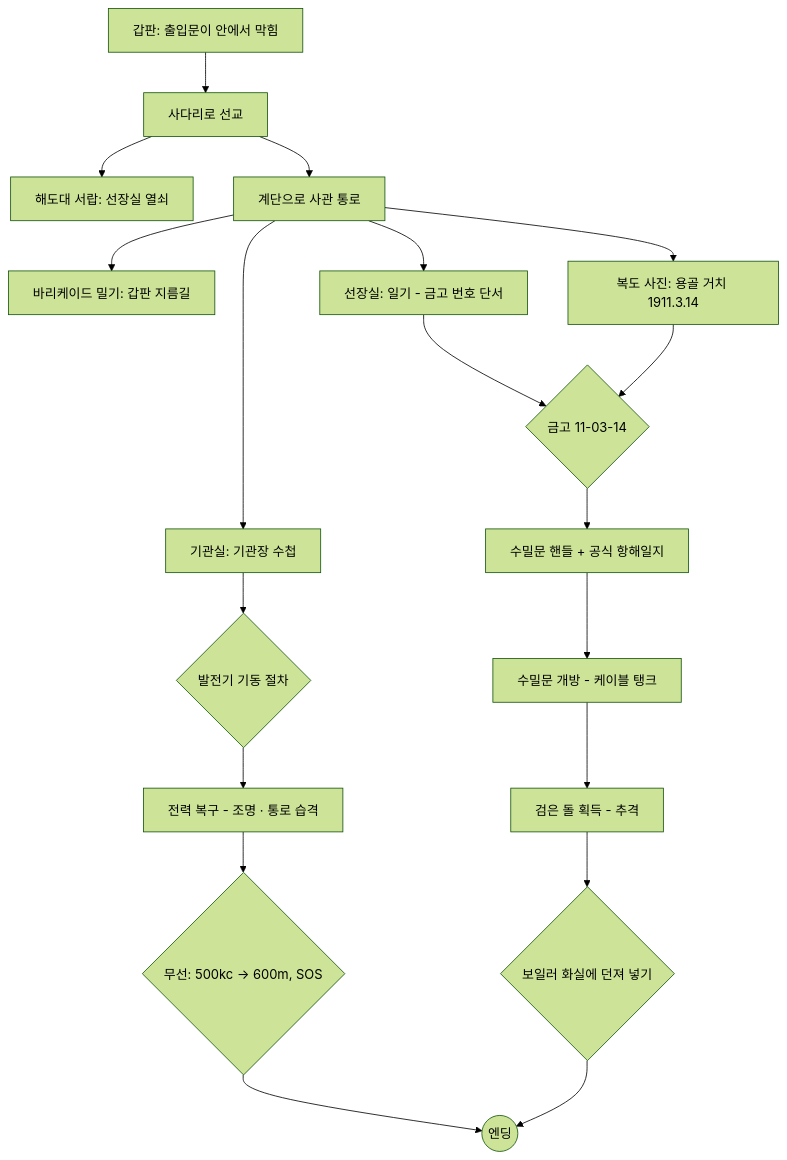
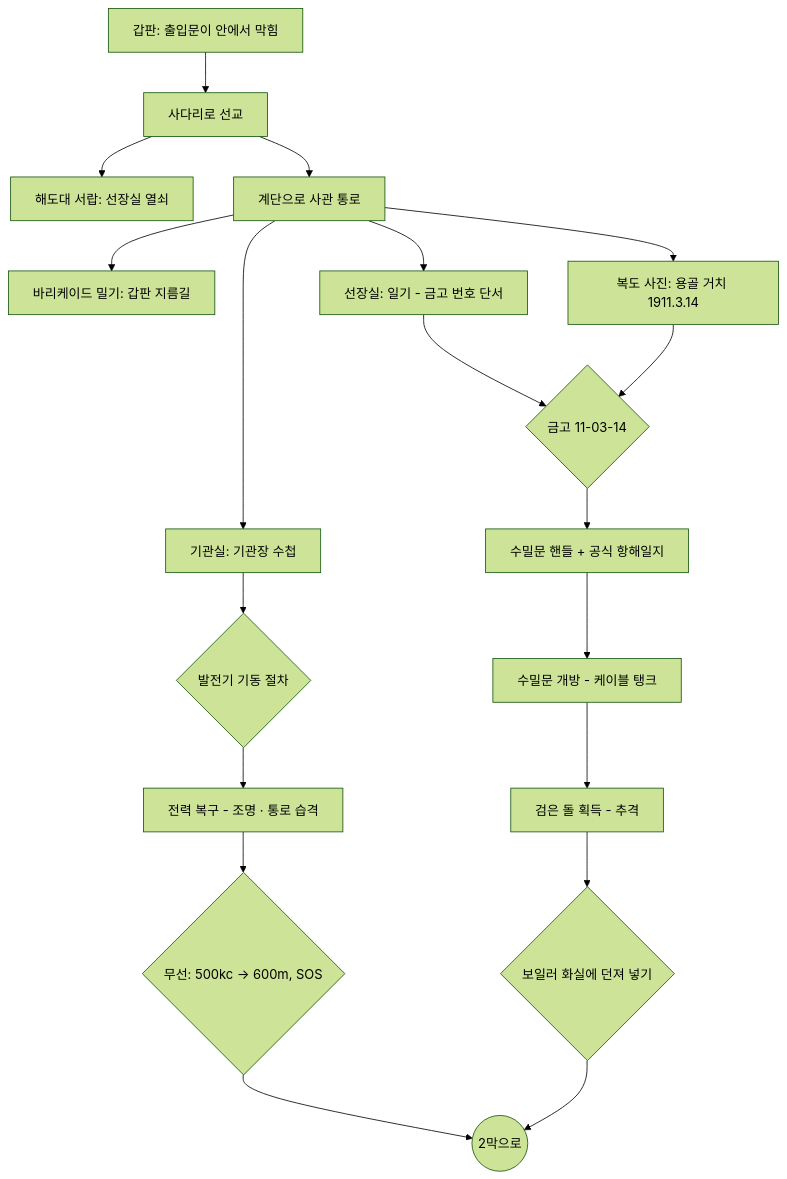
Before and after one commit to pavy23/aloneinthedark-like: the first of 2 diagrams in docs/DESIGN.md, drawn with Mermaid (forest theme). The commit also changed other lines of this file and 39 other files, not shown here.

````diff
--- a/docs/DESIGN.md
+++ b/docs/DESIGN.md
@@ -55,21 +111,21 @@
 ```mermaid
 flowchart TD
   A[갑판: 출입문이 안에서 막힘] --> B[사다리로 선교]
   B --> C[해도대 서랍: 선장실 열쇠]
   B --> D[계단으로 사관 통로]
   D --> E[바리케이드 밀기: 갑판 지름길]
   D --> F[선장실: 일기 - 금고 번호 단서]
   D --> G[복도 사진: 용골 거치 1911.3.14]
   F --> H{금고 11-03-14}
   G --> H
   D --> I[기관실: 기관장 수첩]
   I --> J{발전기 기동 절차}
   J --> K[전력 복구 - 조명 · 통로 습격]
   H --> L[수밀문 핸들 + 공식 항해일지]
   K --> M{무선: 500kc -> 600m, SOS}
   L --> N[수밀문 개방 - 케이블 탱크]
   N --> O[검은 돌 획득 - 추격]
   O --> P{보일러 화실에 던져 넣기}
-  M --> Q((엔딩))
+  M --> Q((2막으로))
   P --> Q
 ```
````
